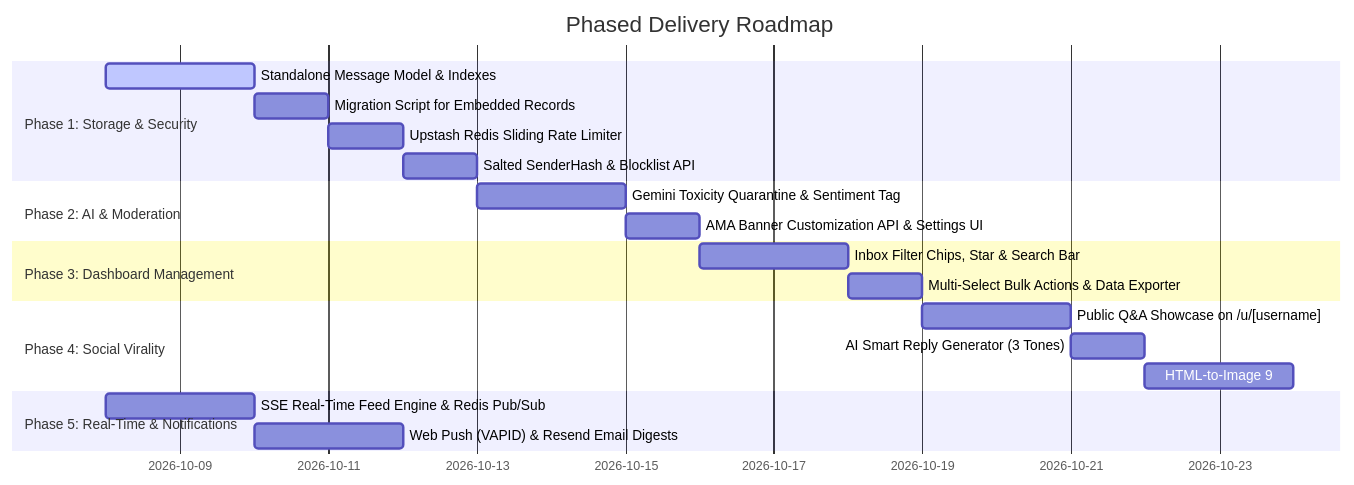
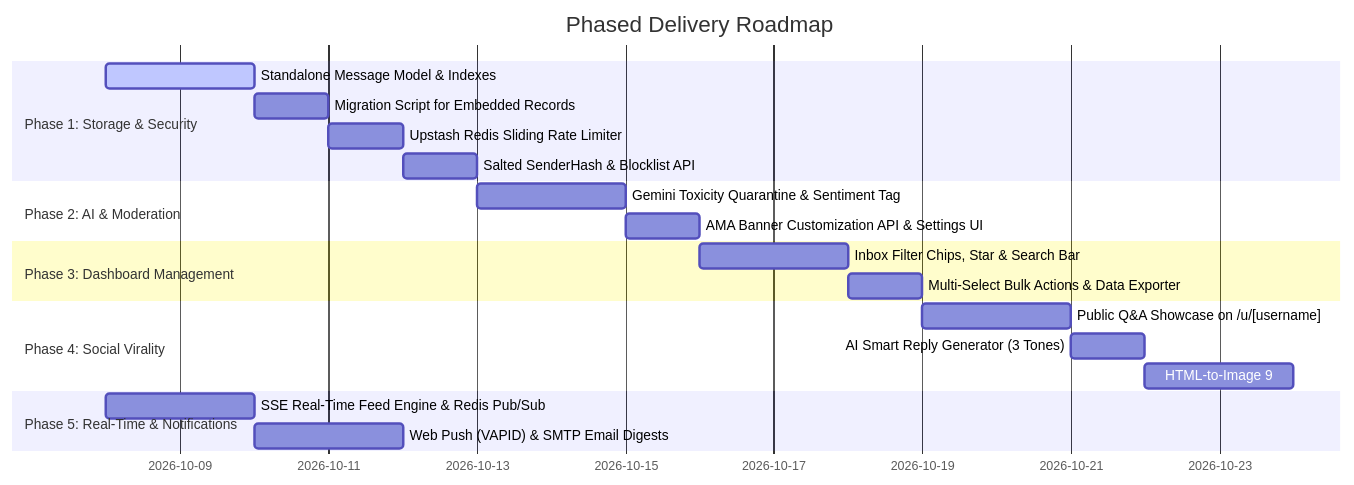
Before and after one commit to Abbas4tech/GhostMsg: the third of 3 diagrams in docs/feature-and-implementation-blueprint.md, drawn with Mermaid. The commit also changed other lines of this file and 3 other files, not shown here.

````diff
--- a/docs/feature-and-implementation-blueprint.md
+++ b/docs/feature-and-implementation-blueprint.md
@@ -454,23 +454,23 @@
 ```mermaid
 gantt
     title Phased Delivery Roadmap
     dateFormat  YYYY-MM-DD
     section Phase 1: Storage & Security
     Standalone Message Model & Indexes         :active, p1_1, 2026-10-08, 2d
     Migration Script for Embedded Records       :p1_2, after p1_1, 1d
     Upstash Redis Sliding Rate Limiter          :p1_3, after p1_2, 1d
     Salted SenderHash & Blocklist API           :p1_4, after p1_3, 1d
     section Phase 2: AI & Moderation
     Gemini Toxicity Quarantine & Sentiment Tag  :p2_1, after p1_4, 2d
     AMA Banner Customization API & Settings UI  :p2_2, after p2_1, 1d
     section Phase 3: Dashboard Management
     Inbox Filter Chips, Star & Search Bar       :p3_1, after p2_2, 2d
     Multi-Select Bulk Actions & Data Exporter   :p3_2, after p3_1, 1d
     section Phase 4: Social Virality
     Public Q&A Showcase on /u/[username]        :p4_1, after p3_2, 2d
     AI Smart Reply Generator (3 Tones)          :p4_2, after p4_1, 1d
     HTML-to-Image 9:16 Social Story Designer    :p4_3, after p4_2, 2d
     section Phase 5: Real-Time & Notifications
     SSE Real-Time Feed Engine & Redis Pub/Sub   :p5_1, after p4_3, 2d
-    Web Push (VAPID) & Resend Email Digests     :p5_2, after p5_1, 2d
+    Web Push (VAPID) & SMTP Email Digests       :p5_2, after p5_1, 2d
 ```
````
